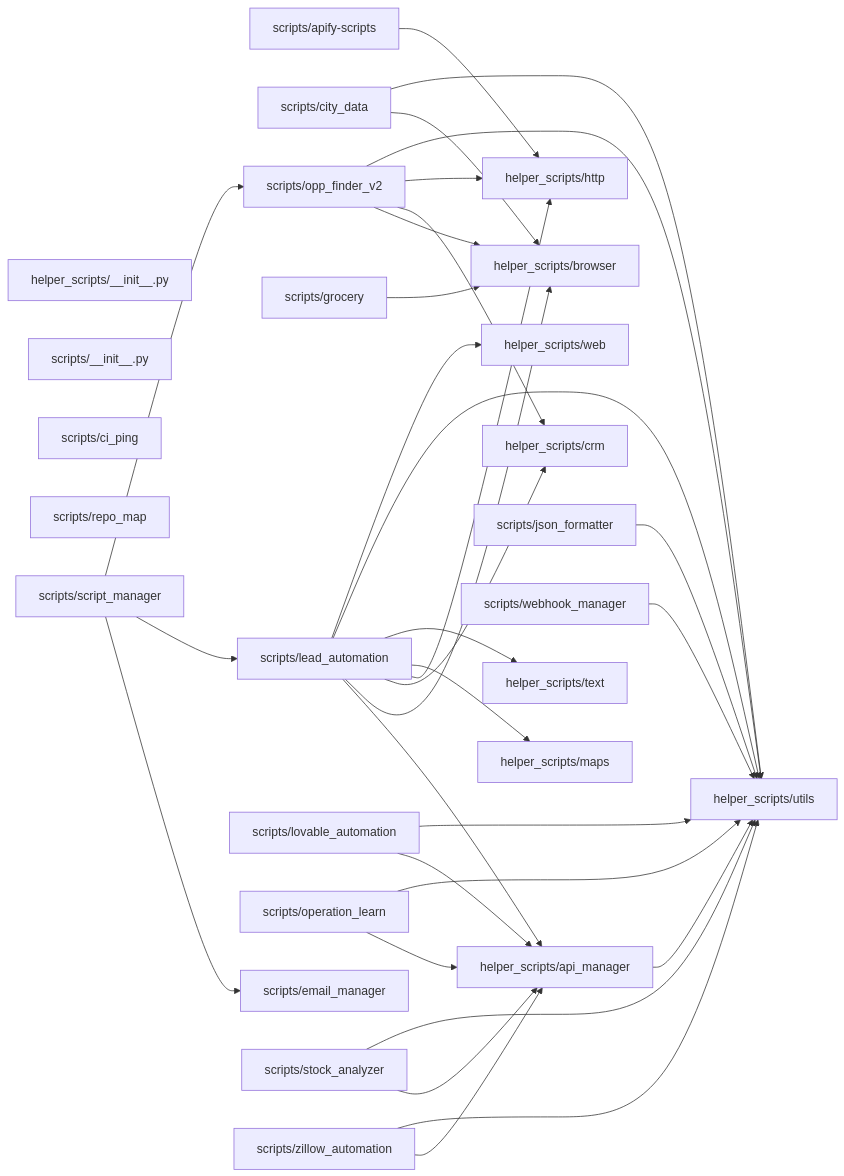
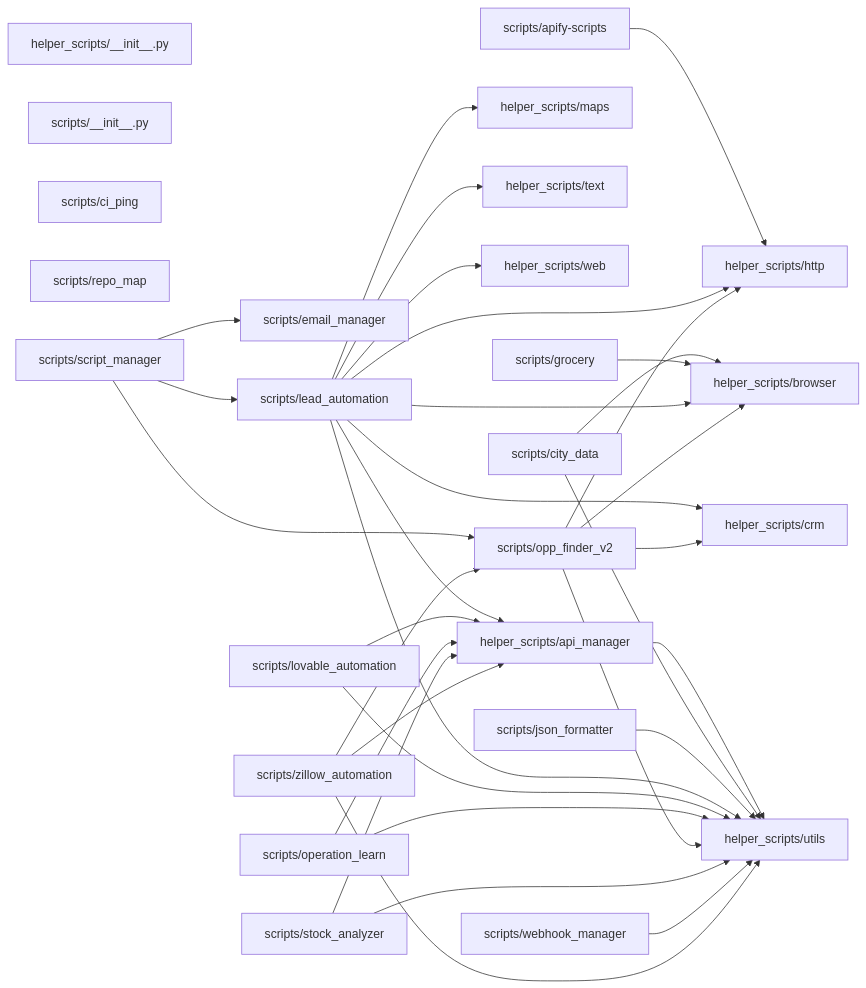
One commit to StaticxViper/cjm-dev changed the diagram in documentation/repo-map/generated/repo.md. Above: the diagram before and after it, drawn with Mermaid.

Commit message:
Record the Zillow pipeline import in the repo map.
The new agent script imports Opp Finder pacing, and CI rejects a generated map that does not match current imports.

````diff
--- a/documentation/repo-map/generated/repo.md
+++ b/documentation/repo-map/generated/repo.md
@@ -5,58 +5,59 @@
 ```mermaid
 flowchart LR
   helper_scripts___init___py["helper_scripts/__init__.py"]
   helper_scripts_api_manager["helper_scripts/api_manager"]
   helper_scripts_browser["helper_scripts/browser"]
   helper_scripts_crm["helper_scripts/crm"]
   helper_scripts_http["helper_scripts/http"]
   helper_scripts_maps["helper_scripts/maps"]
   helper_scripts_text["helper_scripts/text"]
   helper_scripts_utils["helper_scripts/utils"]
   helper_scripts_web["helper_scripts/web"]
   scripts___init___py["scripts/__init__.py"]
   scripts_apify_scripts["scripts/apify-scripts"]
   scripts_ci_ping["scripts/ci_ping"]
   scripts_city_data["scripts/city_data"]
   scripts_email_manager["scripts/email_manager"]
   scripts_grocery["scripts/grocery"]
   scripts_json_formatter["scripts/json_formatter"]
   scripts_lead_automation["scripts/lead_automation"]
   scripts_lovable_automation["scripts/lovable_automation"]
   scripts_operation_learn["scripts/operation_learn"]
   scripts_opp_finder_v2["scripts/opp_finder_v2"]
   scripts_repo_map["scripts/repo_map"]
   scripts_script_manager["scripts/script_manager"]
   scripts_stock_analyzer["scripts/stock_analyzer"]
   scripts_webhook_manager["scripts/webhook_manager"]
   scripts_zillow_automation["scripts/zillow_automation"]
   helper_scripts_api_manager --> helper_scripts_utils
   scripts_apify_scripts --> helper_scripts_http
   scripts_city_data --> helper_scripts_browser
   scripts_city_data --> helper_scripts_utils
   scripts_grocery --> helper_scripts_browser
   scripts_json_formatter --> helper_scripts_utils
   scripts_lead_automation --> helper_scripts_api_manager
   scripts_lead_automation --> helper_scripts_browser
   scripts_lead_automation --> helper_scripts_crm
   scripts_lead_automation --> helper_scripts_http
   scripts_lead_automation --> helper_scripts_maps
   scripts_lead_automation --> helper_scripts_text
   scripts_lead_automation --> helper_scripts_utils
   scripts_lead_automation --> helper_scripts_web
   scripts_lovable_automation --> helper_scripts_api_manager
   scripts_lovable_automation --> helper_scripts_utils
   scripts_operation_learn --> helper_scripts_api_manager
   scripts_operation_learn --> helper_scripts_utils
   scripts_opp_finder_v2 --> helper_scripts_browser
   scripts_opp_finder_v2 --> helper_scripts_crm
   scripts_opp_finder_v2 --> helper_scripts_http
   scripts_opp_finder_v2 --> helper_scripts_utils
   scripts_script_manager --> scripts_email_manager
   scripts_script_manager --> scripts_lead_automation
   scripts_script_manager --> scripts_opp_finder_v2
   scripts_stock_analyzer --> helper_scripts_api_manager
   scripts_stock_analyzer --> helper_scripts_utils
   scripts_webhook_manager --> helper_scripts_utils
   scripts_zillow_automation --> helper_scripts_api_manager
   scripts_zillow_automation --> helper_scripts_utils
+  scripts_zillow_automation --> scripts_opp_finder_v2
 ```
````
